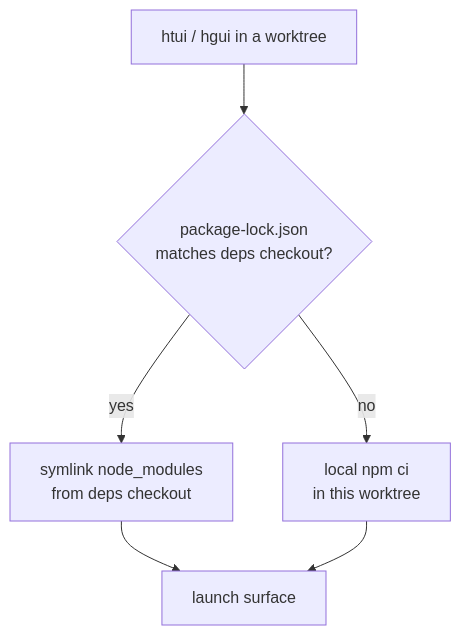
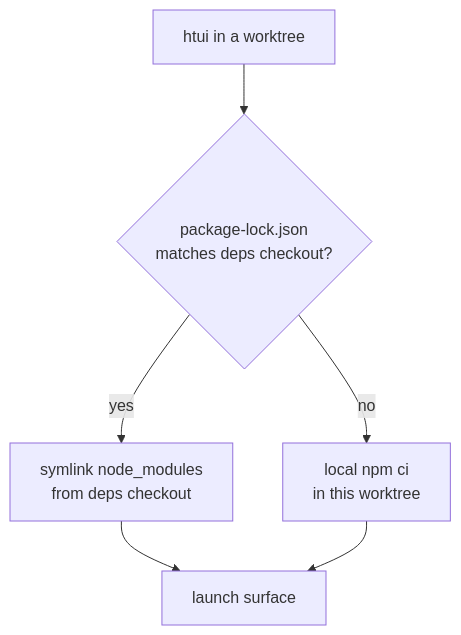
Before and after one commit to QuixThe2nd/hermes-ide: the diagram in website/docs/developer-guide/worktree-ui-dev.md, drawn with Mermaid. The commit also changed other lines of this file and 3191 other files, not shown here.

````diff
--- a/website/docs/developer-guide/worktree-ui-dev.md
+++ b/website/docs/developer-guide/worktree-ui-dev.md
@@ -19,8 +19,8 @@
 ```mermaid
 flowchart TD
-    A[htui / hgui in a worktree] --> B{package-lock.json<br/>matches deps checkout?}
+    A[htui in a worktree] --> B{package-lock.json<br/>matches deps checkout?}
     B -- yes --> C[symlink node_modules<br/>from deps checkout]
     B -- no --> D[local npm ci<br/>in this worktree]
     C --> E[launch surface]
     D --> E
 ```
````
